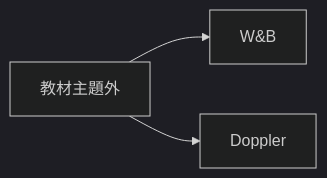
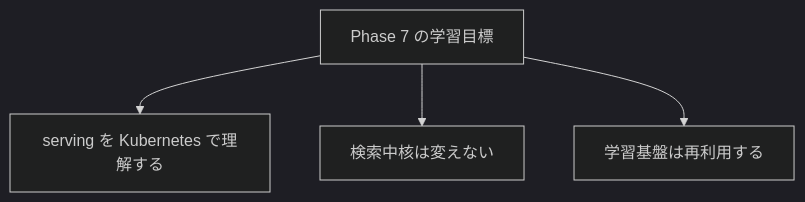
One commit to kurosawa-kuro/study-gcp-mlops changed the fourth of 4 diagrams in 6/study-hybrid-search-pmle/docs/教育資料/05_図解.md. Above: the diagram before and after it, drawn with Mermaid (dark theme). The commit also changed other lines of this file and 680 other files, not shown here.

````diff
--- a/6/study-hybrid-search-pmle/docs/教育資料/05_図解.md
+++ b/6/study-hybrid-search-pmle/docs/教育資料/05_図解.md
@@ -52,6 +56,7 @@
 ```mermaid
-flowchart LR
-    Out[教材主題外]
-    Out --> W[W&B]
-    Out --> D[Doppler]
+flowchart TB
+    Goal[Phase 7 の学習目標]
+    Goal --> S1[serving を Kubernetes で理解する]
+    Goal --> S2[検索中核は変えない]
+    Goal --> S3[学習基盤は再利用する]
 ```
````
